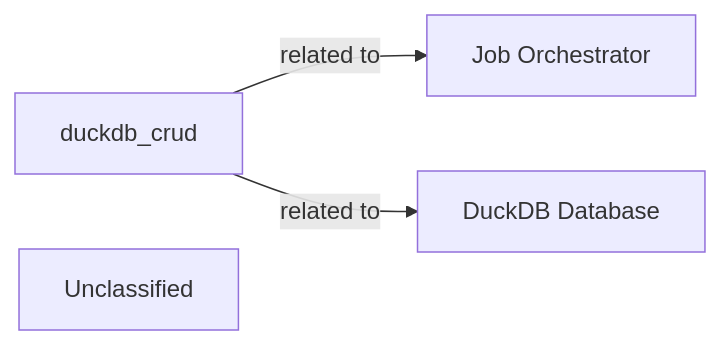
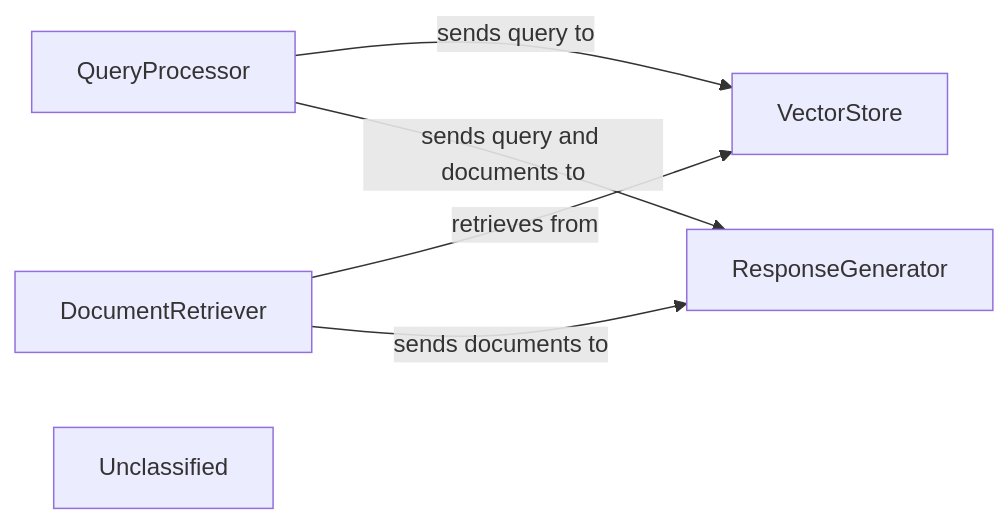
Before and after one commit to mariyam866/CodeBoarding: the first of 7 diagrams in docs/development/architecture.md, drawn with Mermaid. The commit also changed other lines of this file and 17 other files, not shown here.

First line of the commit message:
docs: update codeboarding documentation and generate architecture

````diff
--- a/docs/development/architecture.md
+++ b/docs/development/architecture.md
@@ -75,9 +3,12 @@
 ```mermaid
 graph LR
-    duckdb_crud["duckdb_crud"]
-    Job_Orchestrator["Job Orchestrator"]
-    DuckDB_Database["DuckDB Database"]
+    QueryProcessor["QueryProcessor"]
+    VectorStore["VectorStore"]
+    DocumentRetriever["DocumentRetriever"]
+    ResponseGenerator["ResponseGenerator"]
     Unclassified["Unclassified"]
-    duckdb_crud -- "related to" --> Job_Orchestrator
-    duckdb_crud -- "related to" --> DuckDB_Database
+    QueryProcessor -- "sends query to" --> VectorStore
+    DocumentRetriever -- "retrieves from" --> VectorStore
+    DocumentRetriever -- "sends documents to" --> ResponseGenerator
+    QueryProcessor -- "sends query and documents to" --> ResponseGenerator
 ```
````
